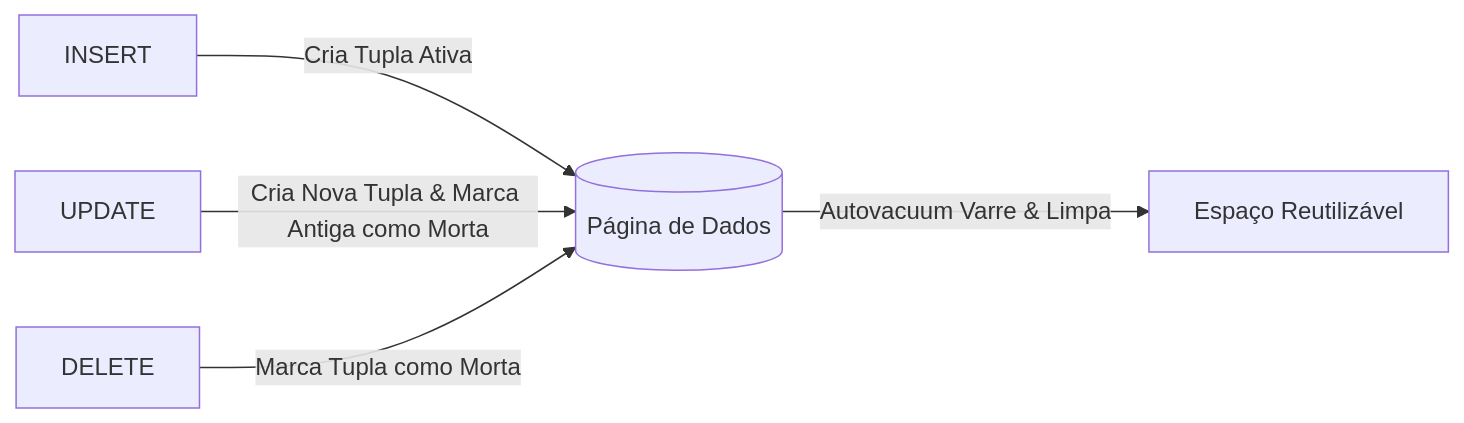
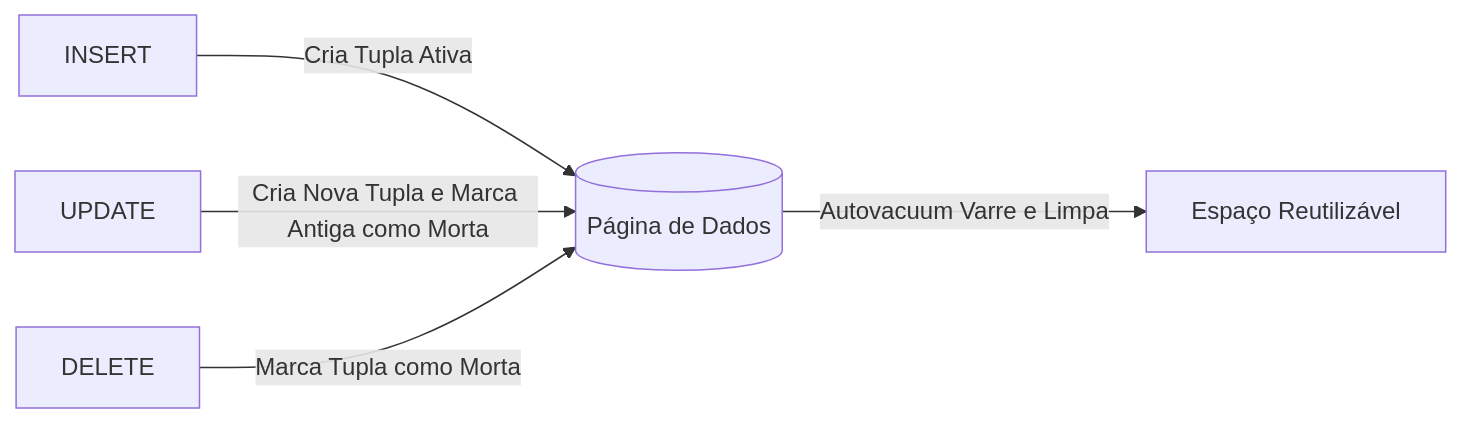
One commit to diogofragoso/postgresql changed the third of 3 diagrams in 01-fundamentos/03-arquitetura-postgresql.md. Above: the diagram before and after it, drawn with Mermaid. The commit also changed other lines of this file and 28 other files, not shown here.

````diff
--- a/01-fundamentos/03-arquitetura-postgresql.md
+++ b/01-fundamentos/03-arquitetura-postgresql.md
@@ -185,7 +185,7 @@
 ```mermaid
 flowchart LR
     Insert[INSERT] -->|Cria Tupla Ativa| Table[(Página de Dados)]
-    Update[UPDATE] -->|Cria Nova Tupla & Marca Antiga como Morta| Table
+    Update[UPDATE] -->|Cria Nova Tupla e Marca Antiga como Morta| Table
     Delete[DELETE] -->|Marca Tupla como Morta| Table
-    Table -->|Autovacuum Varre & Limpa| FreeSpace[Espaço Reutilizável]
+    Table -->|Autovacuum Varre e Limpa| FreeSpace[Espaço Reutilizável]
 ```
````
